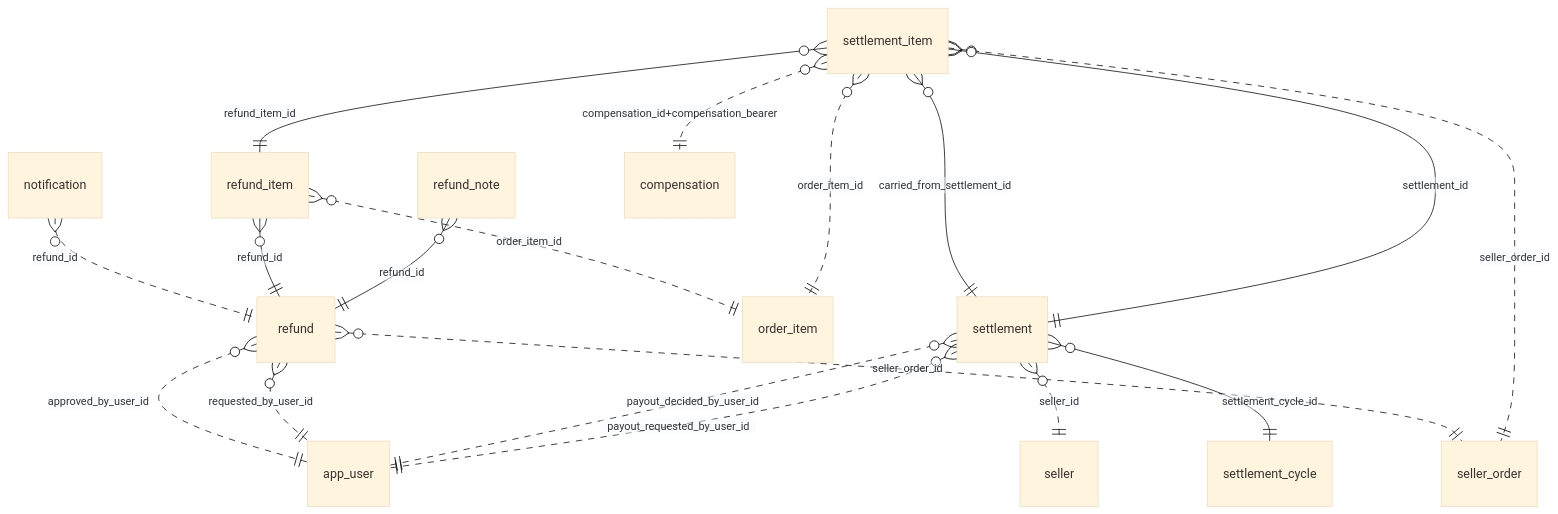
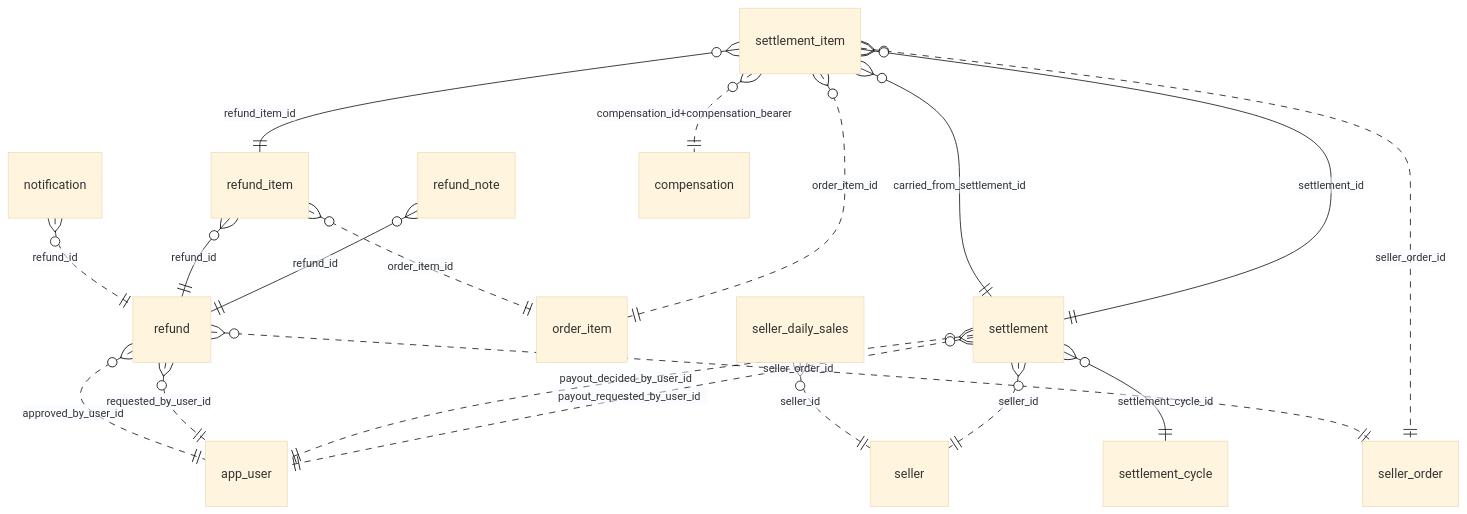
The diagram in doc/erd/settlement.md (ejg93/ProjectShop), drawn with Mermaid (base theme) before and after one commit. The commit also changed 13 other files, not shown here.

````diff
--- a/doc/erd/settlement.md
+++ b/doc/erd/settlement.md
@@ -6,20 +6,21 @@
 ```mermaid
 erDiagram
     notification }o..|| refund : "refund_id"
     refund }o..|| app_user : "approved_by_user_id"
     refund }o..|| app_user : "requested_by_user_id"
     refund }o..|| seller_order : "seller_order_id"
     refund_item }o..|| order_item : "order_item_id"
     refund_item }o--|| refund : "refund_id"
     refund_note }o--|| refund : "refund_id"
+    seller_daily_sales }o..|| seller : "seller_id"
     settlement }o..|| app_user : "payout_decided_by_user_id"
     settlement }o..|| app_user : "payout_requested_by_user_id"
     settlement }o..|| seller : "seller_id"
     settlement }o--|| settlement_cycle : "settlement_cycle_id"
     settlement_item }o--|| settlement : "carried_from_settlement_id"
     settlement_item }o..|| compensation : "compensation_id+compensation_bearer"
     settlement_item }o..|| order_item : "order_item_id"
     settlement_item }o--|| refund_item : "refund_item_id"
     settlement_item }o..|| seller_order : "seller_order_id"
     settlement_item }o--|| settlement : "settlement_id"
 ```
````
